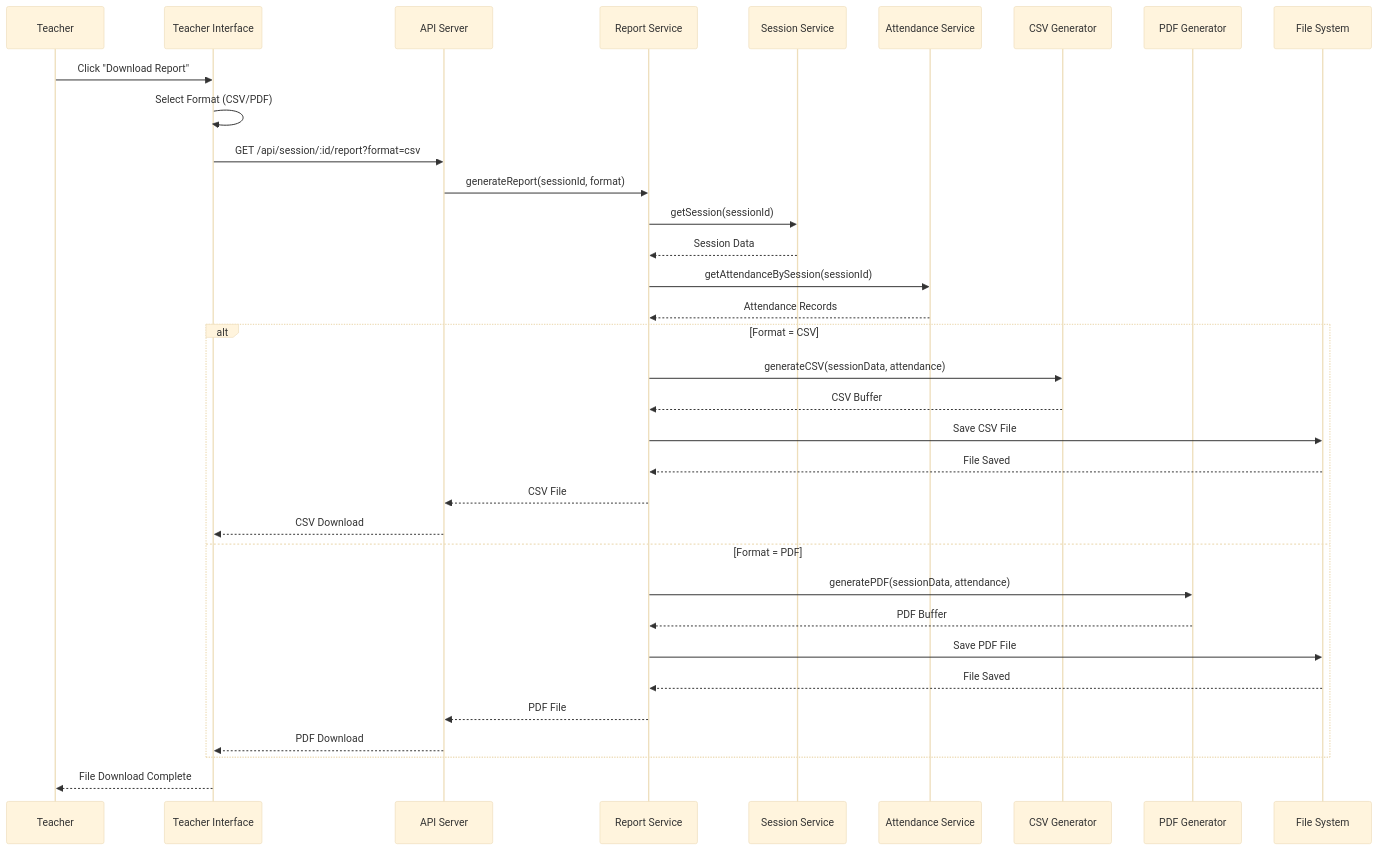
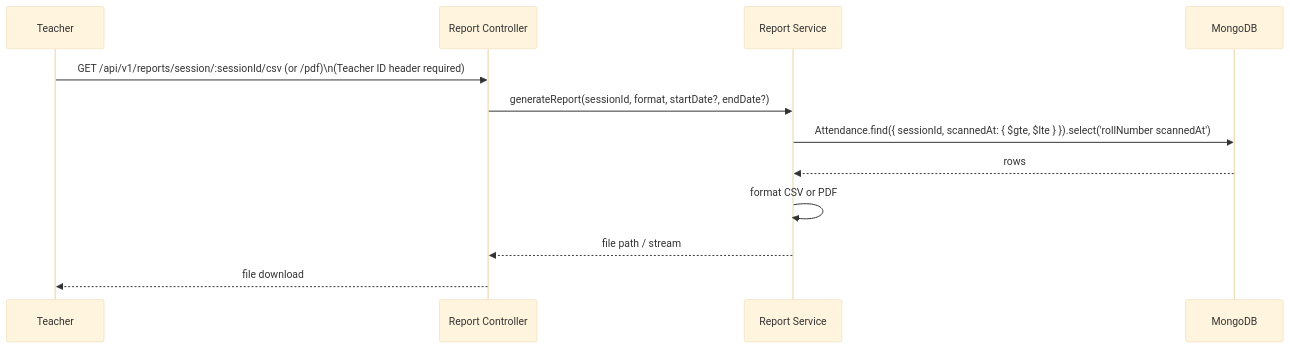
The fourth of 7 diagrams in FLOWCHARTS.md (abhakeemshah/attendRevolution), drawn with Mermaid (base theme) before and after one commit. The commit also changed other lines of this file and 5 other files, not shown here.

First line of the commit message:
docs: update README, architecture, flowcharts to match current backend

````diff
--- a/FLOWCHARTS.md
+++ b/FLOWCHARTS.md
@@ -305,41 +74,15 @@
 ```mermaid
 sequenceDiagram
-    participant T as Teacher
-    participant UI as Teacher Interface
-    participant API as API Server
-    participant RS as Report Service
-    participant SS as Session Service
-    participant AS as Attendance Service
-    participant CSV as CSV Generator
-    participant PDF as PDF Generator
-    participant FS as File System
-    
-    T->>UI: Click "Download Report"
-    UI->>UI: Select Format (CSV/PDF)
-    UI->>API: GET /api/session/:id/report?format=csv
-    
-    API->>RS: generateReport(sessionId, format)
-    RS->>SS: getSession(sessionId)
-    SS-->>RS: Session Data
-    
-    RS->>AS: getAttendanceBySession(sessionId)
-    AS-->>RS: Attendance Records
-    
-    alt Format = CSV
-        RS->>CSV: generateCSV(sessionData, attendance)
-        CSV-->>RS: CSV Buffer
-        RS->>FS: Save CSV File
-        FS-->>RS: File Saved
-        RS-->>API: CSV File
-        API-->>UI: CSV Download
-    else Format = PDF
-        RS->>PDF: generatePDF(sessionData, attendance)
-        PDF-->>RS: PDF Buffer
-        RS->>FS: Save PDF File
-        FS-->>RS: File Saved
-        RS-->>API: PDF File
-        API-->>UI: PDF Download
-    end
-    
-    UI-->>T: File Download Complete
+  participant T as Teacher
+  participant API as Report Controller
+  participant RS as Report Service
+  participant DB as MongoDB
+
+  T->>API: GET /api/v1/reports/session/:sessionId/csv (or /pdf)\n(Teacher ID header required)
+  API->>RS: generateReport(sessionId, format, startDate?, endDate?)
+  RS->>DB: Attendance.find({ sessionId, scannedAt: { $gte, $lte } }).select('rollNumber scannedAt')
+  DB-->>RS: rows
+  RS->>RS: format CSV or PDF
+  RS-->>API: file path / stream
+  API-->>T: file download
 ```
````
